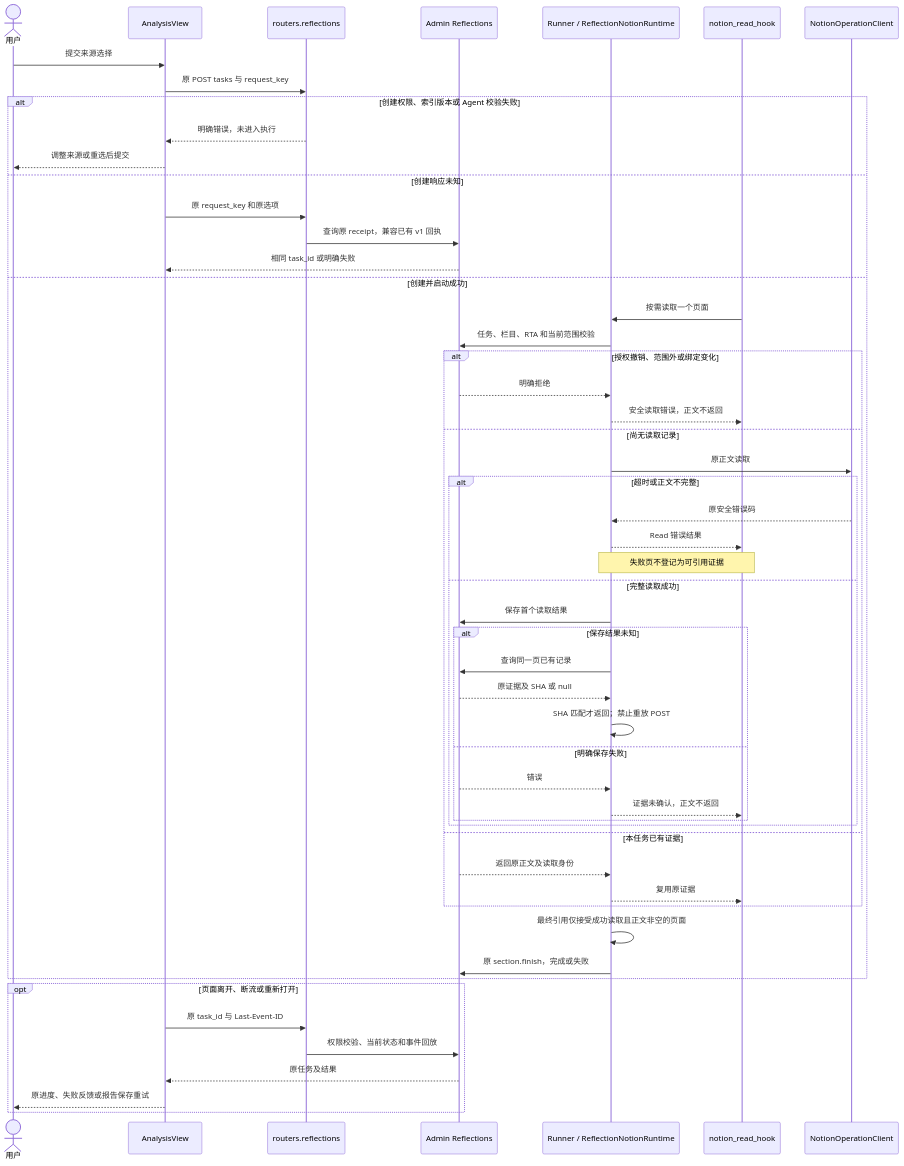
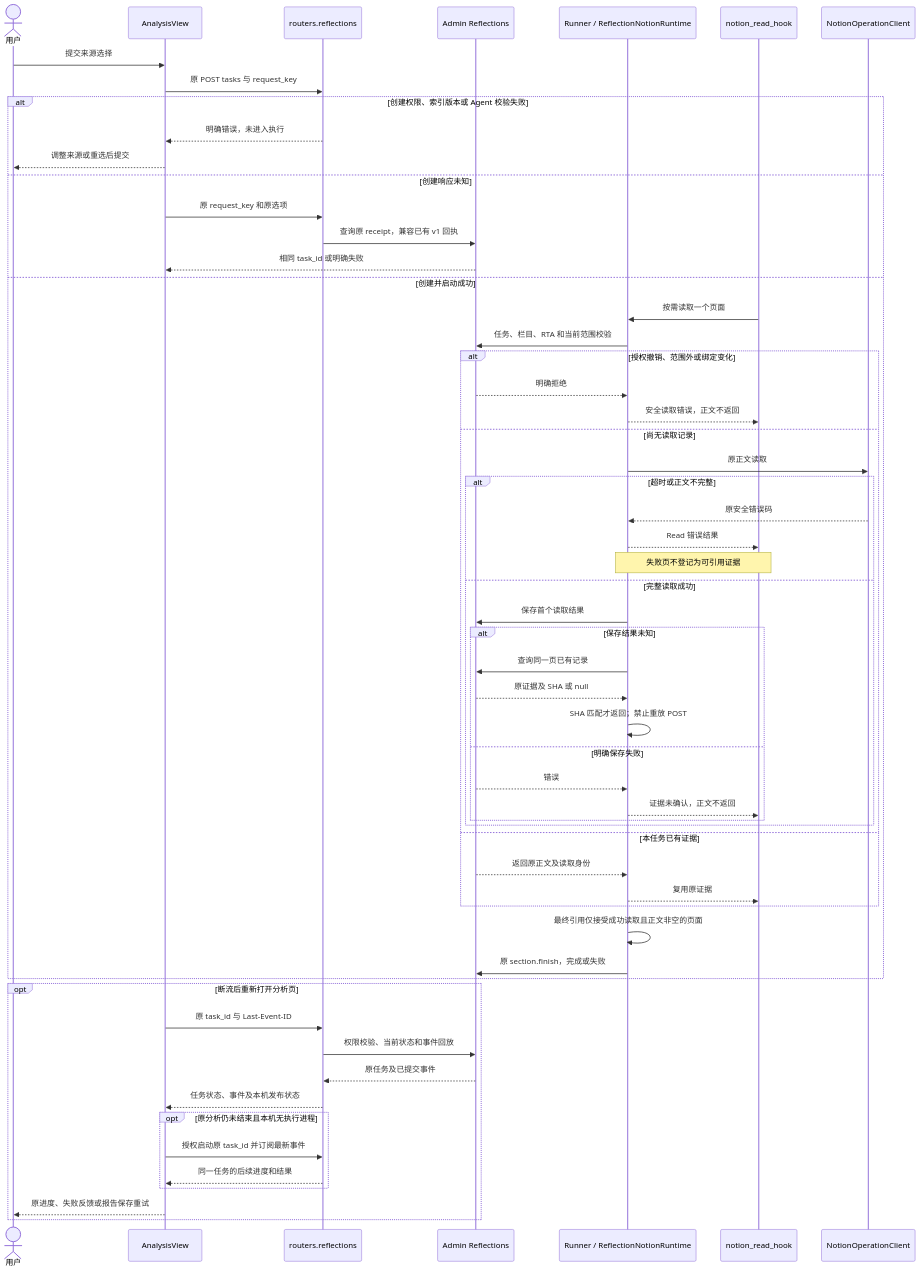
One commit to glide-the/im-dream changed the second of 3 diagrams in docs/design/memory/reflections-analysis-content-design.md. Above: the diagram before and after it, drawn with Mermaid. The commit also changed other lines of this file and 25 other files, not shown here.

````diff
--- a/docs/design/memory/reflections-analysis-content-design.md
+++ b/docs/design/memory/reflections-analysis-content-design.md
@@ -156,55 +158,60 @@
 ```mermaid
 sequenceDiagram
     actor U as 用户
     participant V as AnalysisView
     participant API as routers.reflections
     participant D as Admin Reflections
     participant R as Runner / ReflectionNotionRuntime
     participant H as notion_read_hook
     participant C as NotionOperationClient
     U->>V: 提交来源选择
     V->>API: 原 POST tasks 与 request_key
     alt 创建权限、索引版本或 Agent 校验失败
         API-->>V: 明确错误，未进入执行
         V-->>U: 调整来源或重选后提交
     else 创建响应未知
         V->>API: 原 request_key 和原选项
         API->>D: 查询原 receipt，兼容已有 v1 回执
         D-->>V: 相同 task_id 或明确失败
     else 创建并启动成功
         H->>R: 按需读取一个页面
         R->>D: 任务、栏目、RTA 和当前范围校验
         alt 授权撤销、范围外或绑定变化
             D-->>R: 明确拒绝
             R-->>H: 安全读取错误，正文不返回
         else 尚无读取记录
             R->>C: 原正文读取
             alt 超时或正文不完整
                 C-->>R: 原安全错误码
                 R-->>H: Read 错误结果
                 Note over R,H: 失败页不登记为可引用证据
             else 完整读取成功
                 R->>D: 保存首个读取结果
                 alt 保存结果未知
                     R->>D: 查询同一页已有记录
                     D-->>R: 原证据及 SHA 或 null
                     R->>R: SHA 匹配才返回；禁止重放 POST
                 else 明确保存失败
                     D-->>R: 错误
                     R-->>H: 证据未确认，正文不返回
                 end
             end
         else 本任务已有证据
             D-->>R: 返回原正文及读取身份
             R-->>H: 复用原证据
         end
         R->>R: 最终引用仅接受成功读取且正文非空的页面
         R->>D: 原 section.finish，完成或失败
     end
-    opt 页面离开、断流或重新打开
+    opt 断流后重新打开分析页
         V->>API: 原 task_id 与 Last-Event-ID
         API->>D: 权限校验、当前状态和事件回放
-        D-->>V: 原任务及结果
+        D-->>API: 原任务及已提交事件
+        API-->>V: 任务状态、事件及本机发布状态
+        opt 原分析仍未结束且本机无执行进程
+            V->>API: 授权启动原 task_id 并订阅最新事件
+            API-->>V: 同一任务的后续进度和结果
+        end
         V-->>U: 原进度、失败反馈或报告保存重试
     end
 ```
````
